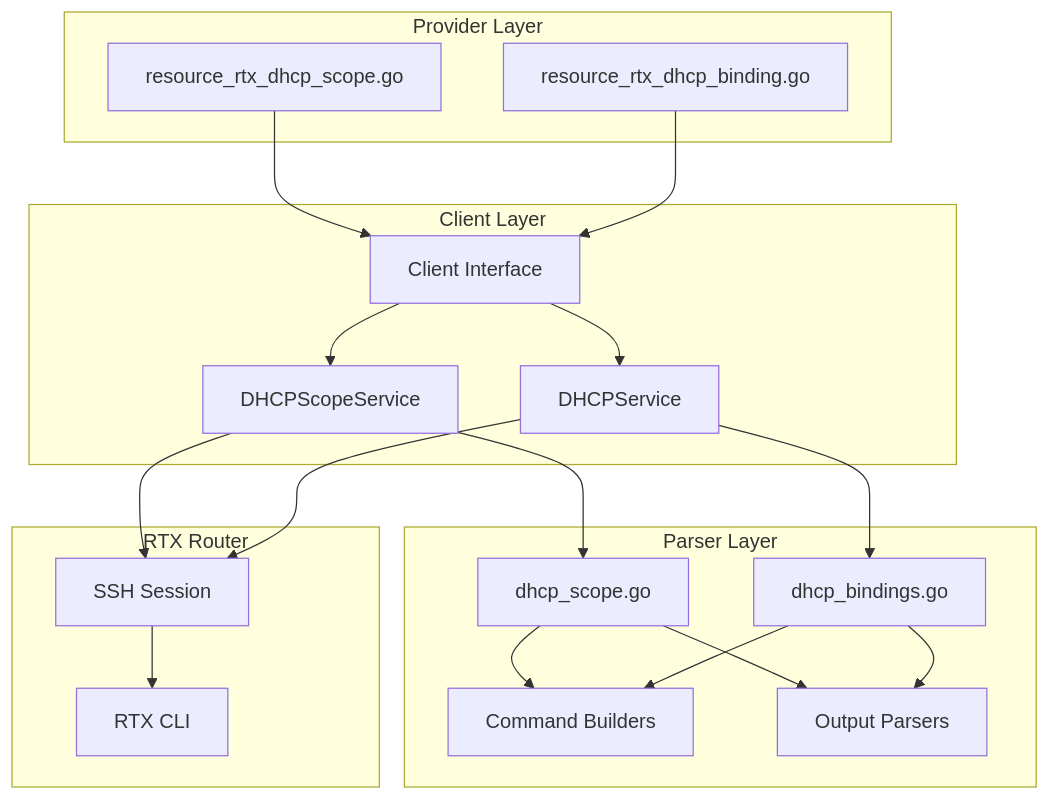
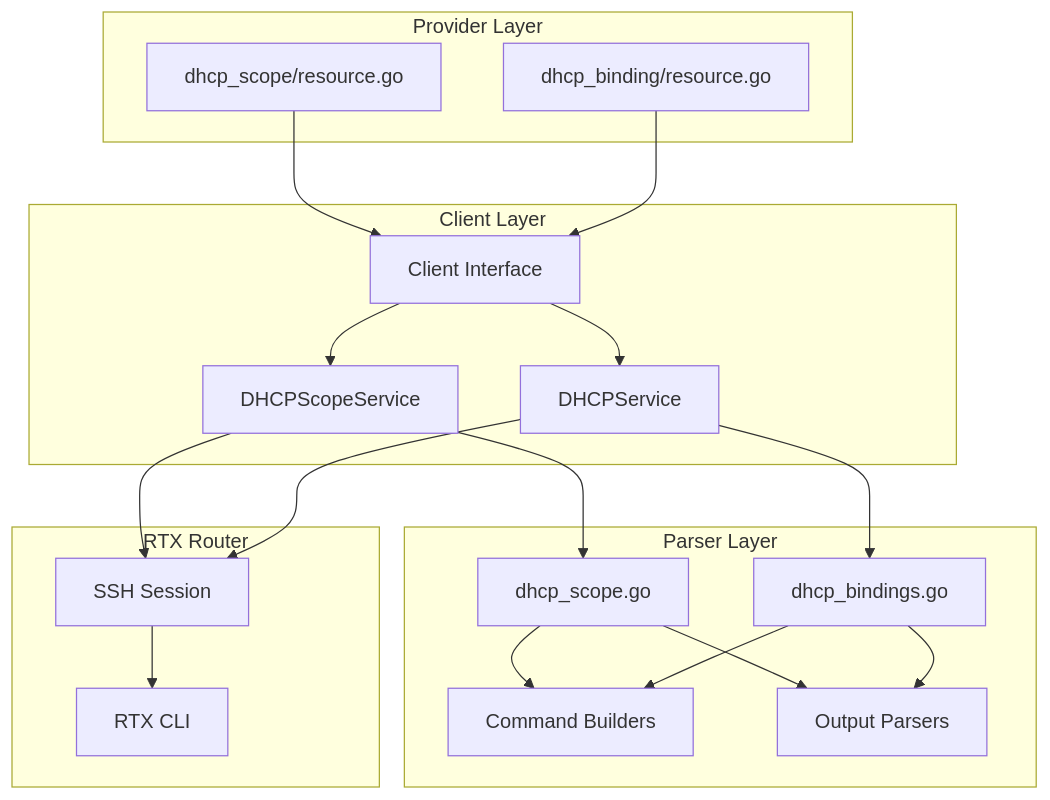
The first of 2 diagrams in .spec-workflow/master-specs/dhcp/design.md (shin1ohno/terraform-provider-rtx), drawn with Mermaid before and after one commit. The commit also changed other lines of this file and 43 other files, not shown here.

````diff
--- a/.spec-workflow/master-specs/dhcp/design.md
+++ b/.spec-workflow/master-specs/dhcp/design.md
@@ -52,39 +52,39 @@
 ```mermaid
 graph TD
     subgraph Provider Layer
-        TFScope[resource_rtx_dhcp_scope.go]
-        TFBinding[resource_rtx_dhcp_binding.go]
+        TFScope[dhcp_scope/resource.go]
+        TFBinding[dhcp_binding/resource.go]
     end
 
     subgraph Client Layer
         ClientInterface[Client Interface]
         ScopeService[DHCPScopeService]
         DHCPService[DHCPService]
     end
 
     subgraph Parser Layer
         ScopeParser[dhcp_scope.go]
         BindingParser[dhcp_bindings.go]
         CommandBuilders[Command Builders]
         OutputParsers[Output Parsers]
     end
 
     subgraph RTX Router
         SSH[SSH Session]
         CLI[RTX CLI]
     end
 
     TFScope --> ClientInterface
     TFBinding --> ClientInterface
     ClientInterface --> ScopeService
     ClientInterface --> DHCPService
     ScopeService --> ScopeParser
     DHCPService --> BindingParser
     ScopeParser --> CommandBuilders
     ScopeParser --> OutputParsers
     BindingParser --> CommandBuilders
     BindingParser --> OutputParsers
     ScopeService --> SSH
     DHCPService --> SSH
     SSH --> CLI
 ```
````
